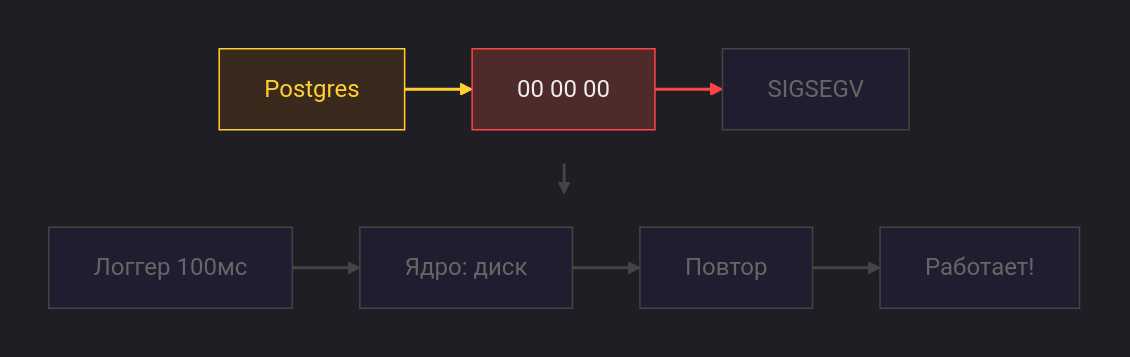
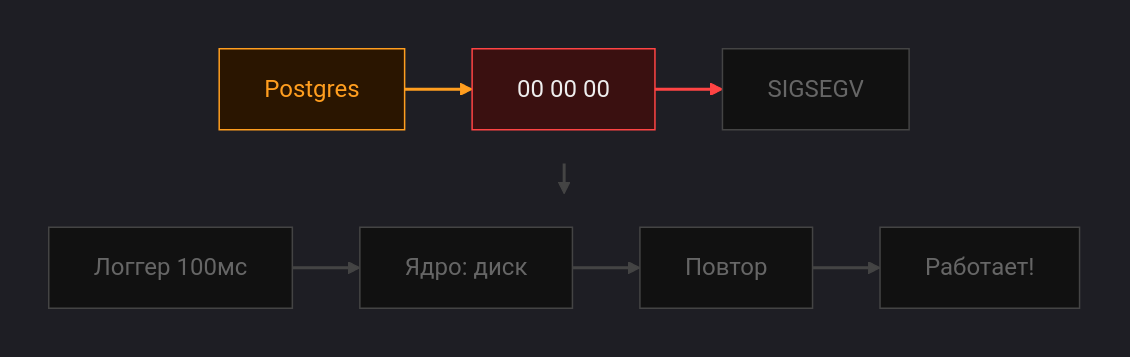
One commit to polarnik/postgresql-system-issue-story changed the diagram in docs/diagrams/resurrection-1.mmd. Above: the diagram before and after it, drawn with Mermaid. The commit also changed 39 other files, not shown here.

```diff
--- a/docs/diagrams/resurrection-1.mmd
+++ b/docs/diagrams/resurrection-1.mmd
@@ -1,30 +1,30 @@
-%%{init: {'theme': 'dark', 'themeVariables': { 'primaryColor': '#1a1a2e', 'primaryTextColor': '#eee', 'lineColor': '#FFD02F'}, 'flowchart': { 'nodeSpacing': 25, 'rankSpacing': 20 }}}%%
+%%{init: {'theme': 'dark', 'themeVariables': { 'primaryColor': '#000000', 'primaryTextColor': '#eee', 'lineColor': '#ff9e1f'}, 'flowchart': { 'nodeSpacing': 25, 'rankSpacing': 20 }}}%%
 
 flowchart TB
-    classDef done fill:#2a2a4e,stroke:#FFD02F,color:#eee
-    classDef active fill:#3a2a1e,stroke:#FFD02F,color:#FFD02F
-    classDef pending fill:#1e1e30,stroke:#444,color:#666
-    classDef error fill:#4e2a2a,stroke:#ff4444,color:#eee
-    classDef success fill:#2a4e2a,stroke:#44ff88,color:#eee
+    classDef done fill:#1a1a1a,stroke:#ff9e1f,color:#eee
+    classDef active fill:#2a1500,stroke:#ff9e1f,color:#ff9e1f
+    classDef pending fill:#111111,stroke:#444,color:#666
+    classDef error fill:#3a1010,stroke:#ff4444,color:#eee
+    classDef success fill:#103a10,stroke:#44ff88,color:#eee
 
     subgraph S1 [" "]
         direction LR
         A["Postgres"]:::active --> B["00 00 00"]:::error --> C["SIGSEGV"]:::pending
     end
 
     subgraph S2 [" "]
         direction LR
         D["Логгер 100мс"]:::pending --> E["Ядро: диск"]:::pending --> F["Повтор"]:::pending --> G["Работает!"]:::pending
     end
 
     S1 --> S2
 
-    linkStyle 0 stroke:#FFD02F,stroke-width:2px
+    linkStyle 0 stroke:#ff9e1f,stroke-width:2px
     linkStyle 1 stroke:#ff4444,stroke-width:2px
     linkStyle 2 stroke:#444,stroke-width:2px
     linkStyle 3 stroke:#444,stroke-width:2px
     linkStyle 4 stroke:#444,stroke-width:2px
     linkStyle 5 stroke:#444,stroke-width:2px
 
     style S1 fill:transparent,stroke:transparent
     style S2 fill:transparent,stroke:transparent
```
